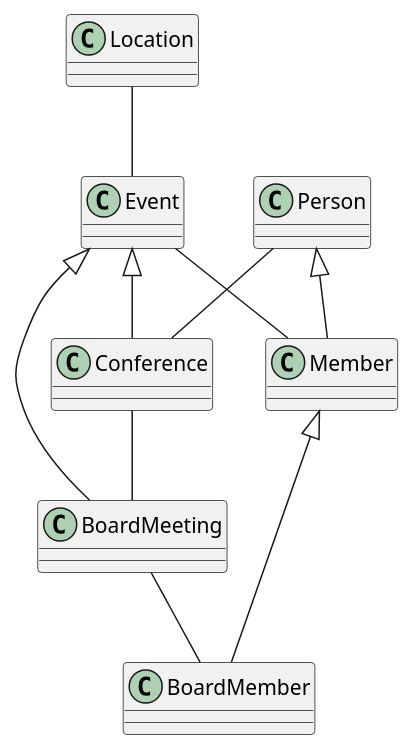
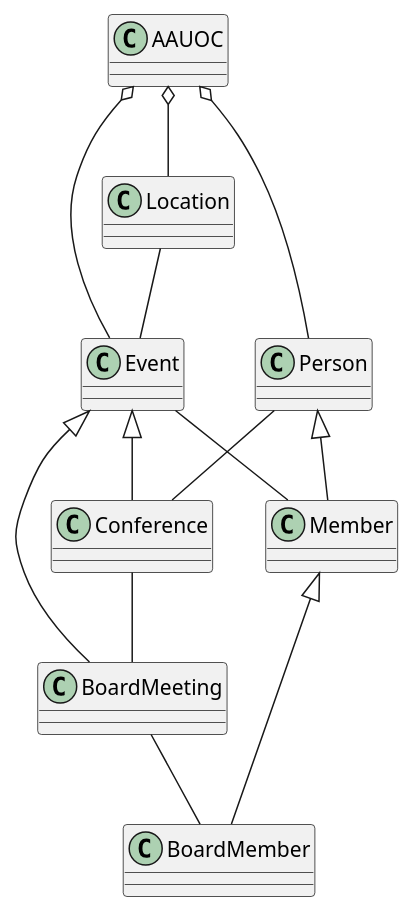
Before and after one commit to DaniJorCa/UMLDanielJordanCarre-o: the diagram in src/UOC.puml, drawn with PlantUML.

Commit message:
AAUOC completo

```diff
--- a/src/UOC.puml
+++ b/src/UOC.puml
@@ -1,15 +1,20 @@
 @startuml
 
 
 Conference -- BoardMeeting
 Event <|-- Conference
 Event <|-- BoardMeeting
 
 Person <|-- Member
 Member <|-- BoardMember
 
 Person -- Conference
 BoardMeeting -- BoardMember
 Event -- Member
 Location -- Event
+
+AAUOC o-- Person
+AAUOC o-- Event
+AAUOC o-- Location
+
 @enduml
```
